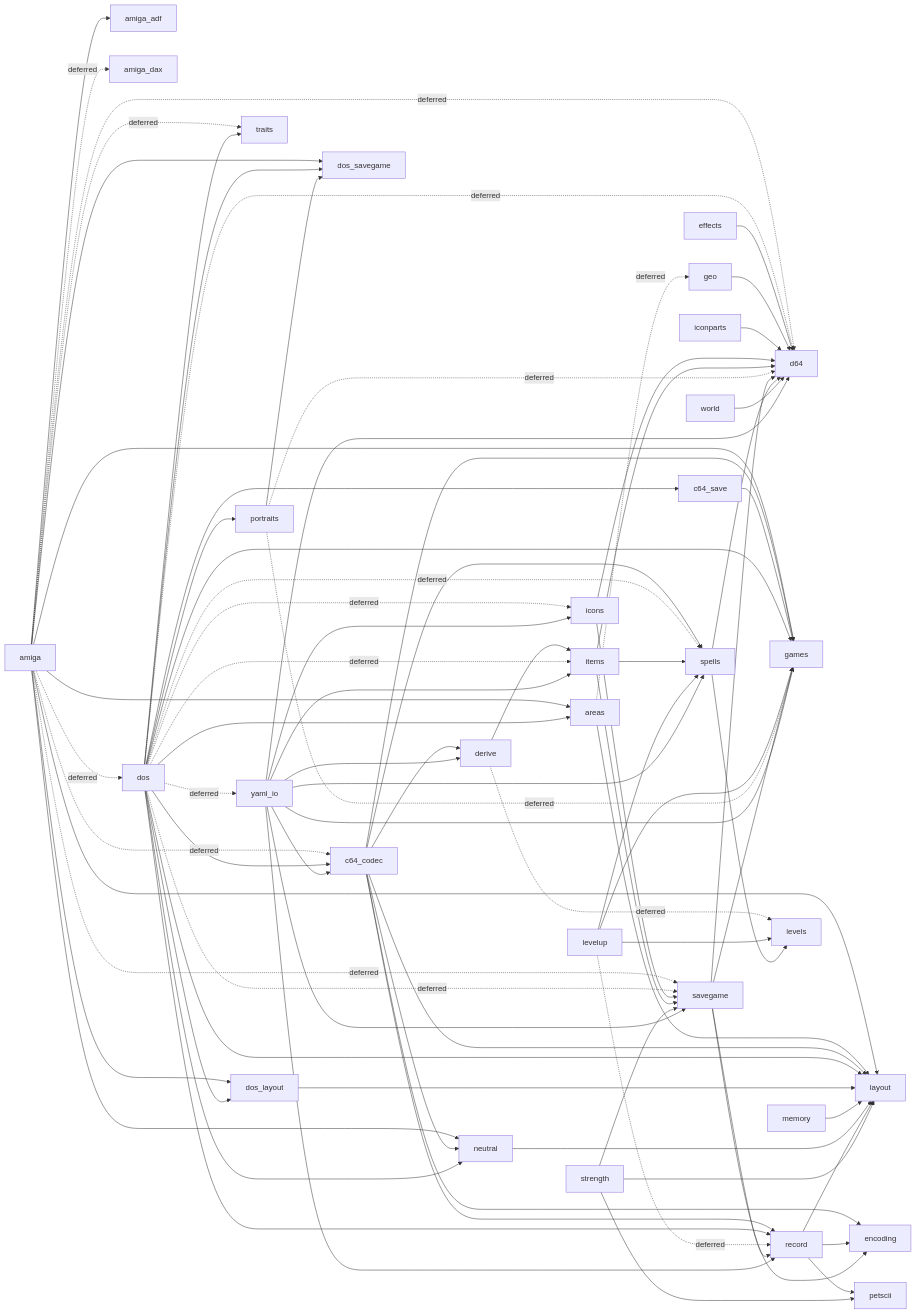
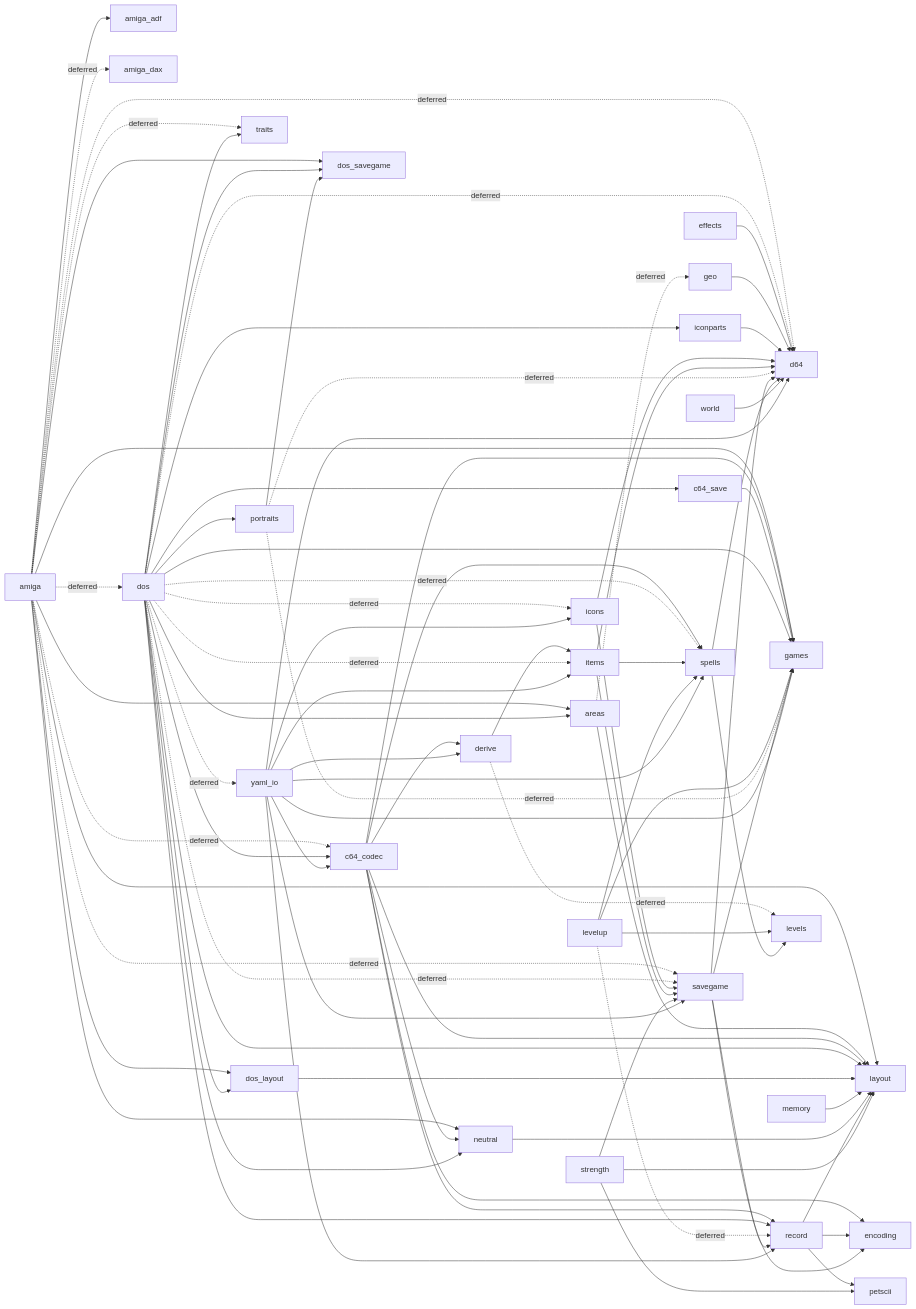
One commit to malcyon/wish changed the fourth of 4 diagrams in docs/117-save-conversion.md. Above: the diagram before and after it, drawn with Mermaid. The commit also changed 5 other files, not shown here.

```diff
--- a/docs/117-save-conversion.md
+++ b/docs/117-save-conversion.md
@@ -1877,6 +1877,7 @@
   dos --> dos_layout
   dos --> dos_savegame
   dos --> games
+  dos --> iconparts
   dos -.->|deferred| icons
   dos -.->|deferred| items
   dos --> layout
```
